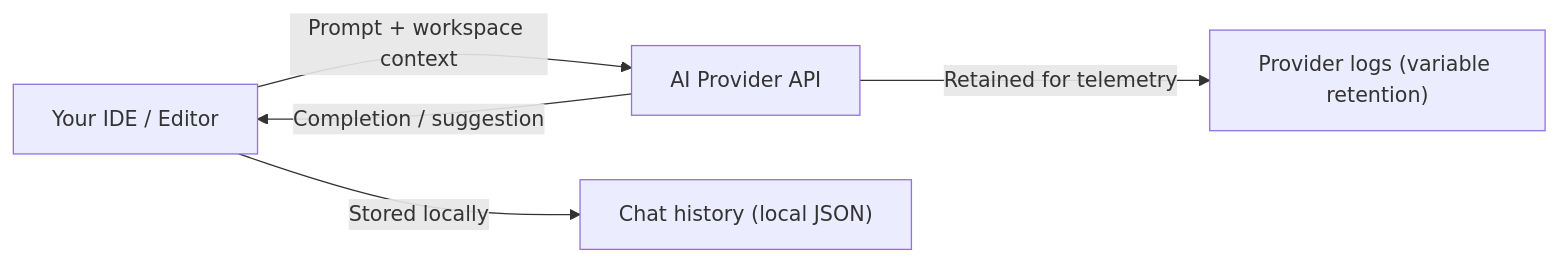
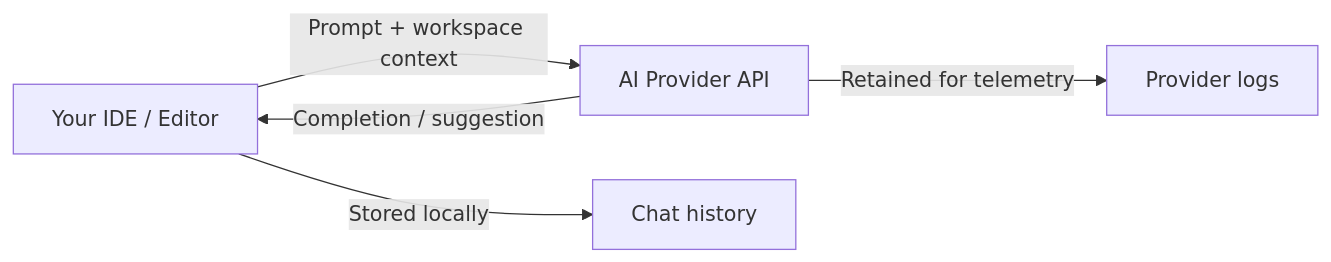
Before and after one commit to segraef/graef.io: the diagram in content/posts/the-silent-leak-why-you-should-never-paste-keys-into-ai-chats/index.md, drawn with Mermaid. The commit also changed 1 other file, not shown here.

Commit message:
refactor: Update mermaid diagram syntax and add shortcode for better rendering

```diff
--- a/content/posts/the-silent-leak-why-you-should-never-paste-keys-into-ai-chats/index.md
+++ b/content/posts/the-silent-leak-why-you-should-never-paste-keys-into-ai-chats/index.md
@@ -58,7 +58,7 @@
 {{< mermaid >}}
 graph LR
-    A["Your IDE / Editor"] -->|"Prompt + workspace context"| B["AI Provider API"]
-    B -->|"Completion / suggestion"| A
-    A -->|"Stored locally"| C["Chat history (local JSON)"]
-    B -->|"Retained for telemetry"| D["Provider logs (variable retention)"]
+    A[Your IDE / Editor] -->|Prompt + workspace context| B[AI Provider API]
+    B -->|Completion / suggestion| A
+    A -->|Stored locally| C[Chat history]
+    B -->|Retained for telemetry| D[Provider logs]
 {{< /mermaid >}}
```
